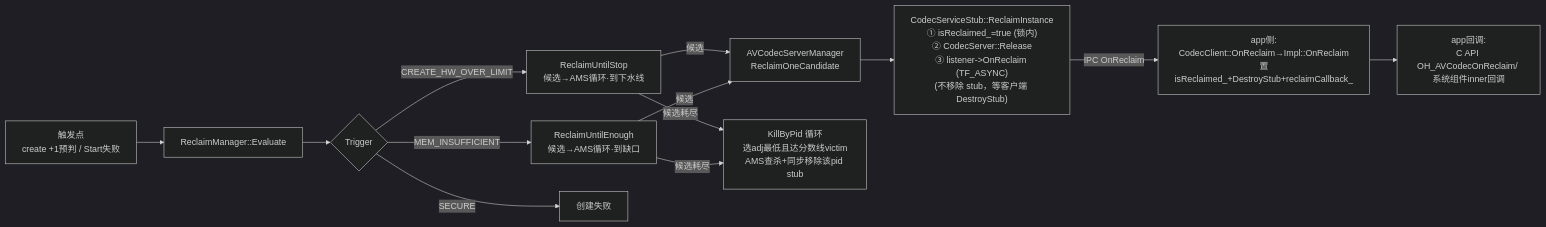
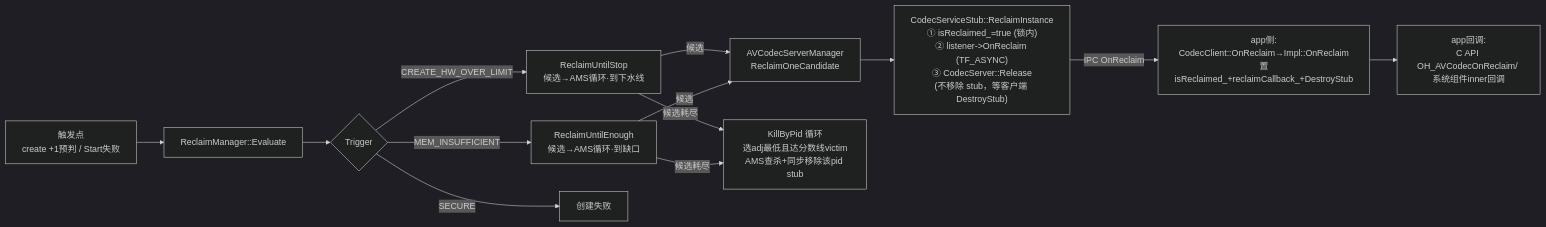
Before and after one commit to openharmony-qemu/multimedia_av_codec: the fifth of 5 diagrams in docs/实例回收实现方案.md, drawn with Mermaid (dark theme). The commit also changed other lines of this file and 4 other files, not shown here.

````diff
--- a/docs/实例回收实现方案.md
+++ b/docs/实例回收实现方案.md
@@ -377,18 +373,18 @@
 ```mermaid
 graph LR
     T["触发点<br/>create +1预判 / Start失败"]
     T --> RM["ReclaimManager::Evaluate"]
     RM --> SW{"Trigger"}
     SW -->|"CREATE_HW_OVER_LIMIT"| Stop1["ReclaimUntilStop<br/>候选→AMS循环·到下水线"]
     SW -->|"MEM_INSUFFICIENT"| Enough["ReclaimUntilEnough<br/>候选→AMS循环·到缺口"]
     SW -->|"SECURE"| Fail["创建失败"]
 
     Stop1 -->|候选| RIC
     Enough -->|候选| RIC
     Stop1 -->|候选耗尽| Kill["KillByPid 循环<br/>选adj最低且达分数线victim<br/>AMS查杀+同步移除该pid stub"]
     Enough -->|候选耗尽| Kill
 
-    RIC["AVCodecServerManager<br/>ReclaimOneCandidate"] --> RI["CodecServiceStub::ReclaimInstance<br/>① isReclaimed_=true (锁内)<br/>② CodecServer::Release<br/>③ listener->OnReclaim (TF_ASYNC)<br/>(不移除 stub，等客户端 DestroyStub)"]
-    RI -->|IPC OnReclaim| App["app侧:<br/>CodecClient::OnReclaim→Impl::OnReclaim<br/>置isReclaimed_+DestroyStub+reclaimCallback_"]
+    RIC["AVCodecServerManager<br/>ReclaimOneCandidate"] --> RI["CodecServiceStub::ReclaimInstance<br/>① isReclaimed_=true (锁内)<br/>② listener->OnReclaim (TF_ASYNC)<br/>③ CodecServer::Release<br/>(不移除 stub，等客户端 DestroyStub)"]
+    RI -->|IPC OnReclaim| App["app侧:<br/>CodecClient::OnReclaim→Impl::OnReclaim<br/>置isReclaimed_+reclaimCallback_+DestroyStub"]
     App --> CB2["app回调:<br/>C API OH_AVCodecOnReclaim/ 系统组件inner回调"]
 ```
````
